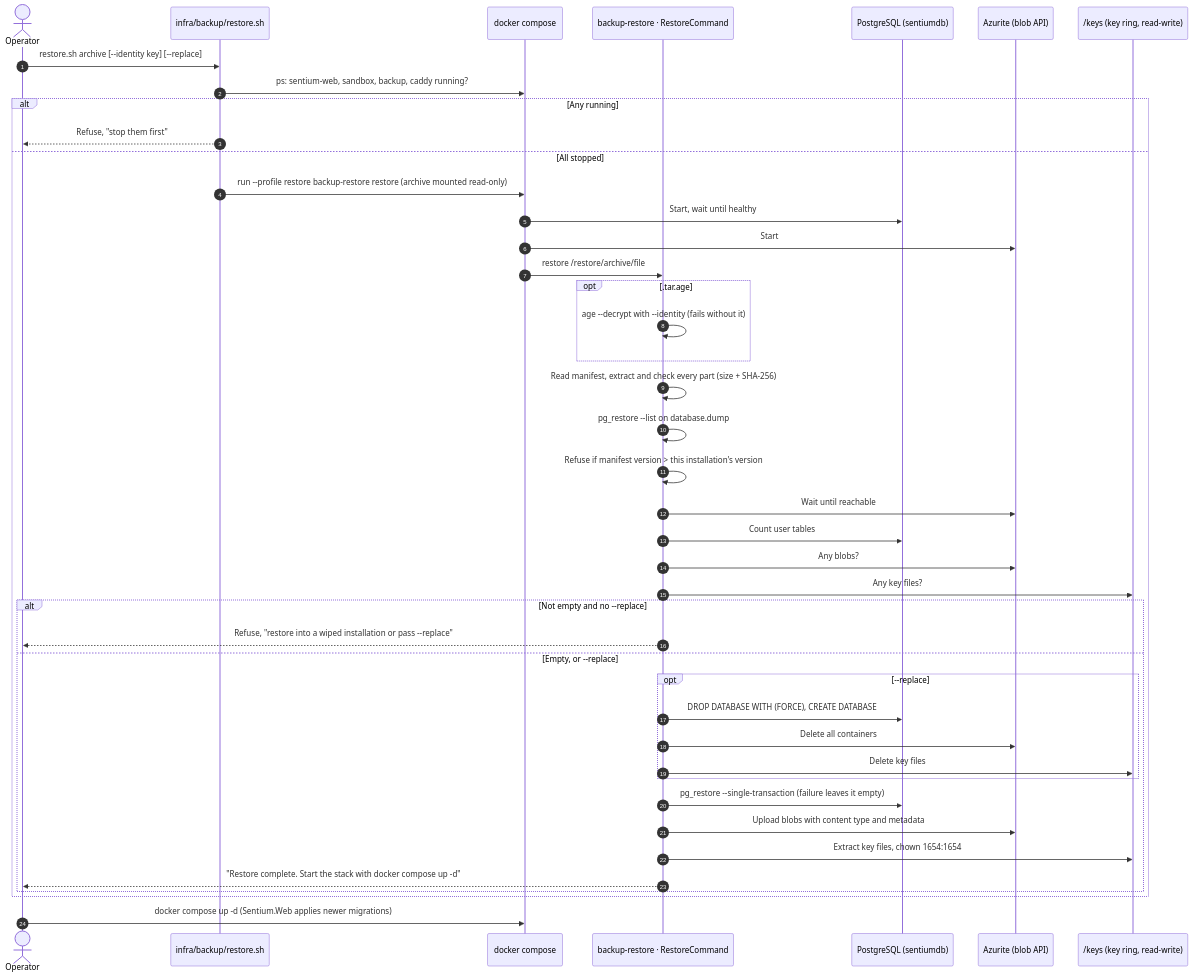
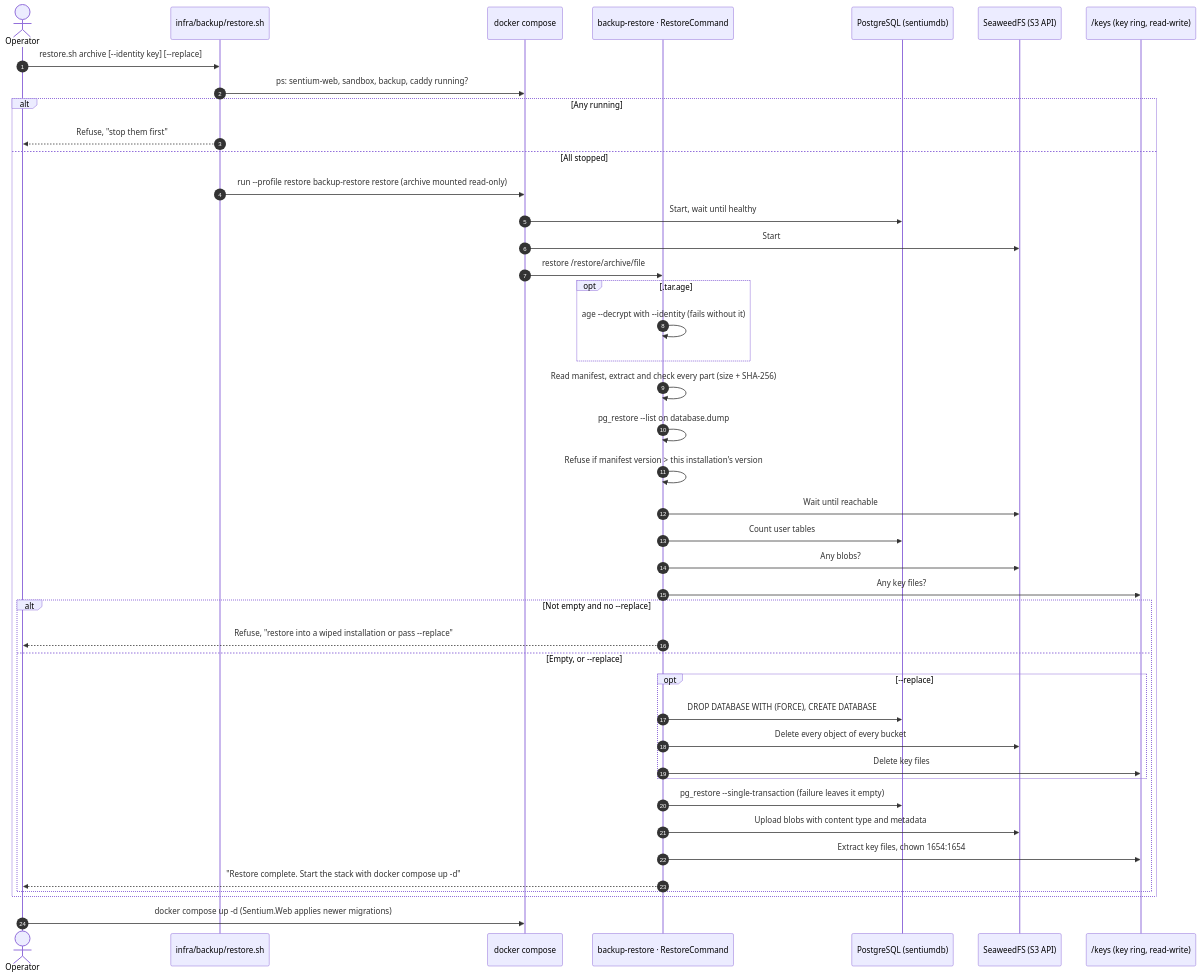
Before and after one commit to mihailshterev/sentium: the diagram in docs/diagrams/backup-4-restore.md, drawn with Mermaid. The commit also changed 78 other files, not shown here.

Commit message:
feat(storage): replace Azurite with SeaweedFS behind a vendor-neutral S3 object store (#196)

````diff
--- a/docs/diagrams/backup-4-restore.md
+++ b/docs/diagrams/backup-4-restore.md
@@ -1,46 +1,46 @@
 ```mermaid
 sequenceDiagram
     autonumber
     actor O as Operator
     participant SH as infra/backup/restore.sh
     participant DC as docker compose
     participant RC as backup-restore · RestoreCommand
     participant PG as PostgreSQL (sentiumdb)
-    participant AZ as Azurite (blob API)
+    participant AZ as SeaweedFS (S3 API)
     participant K as /keys (key ring, read-write)
 
     O->>SH: restore.sh archive [--identity key] [--replace]
     SH->>DC: ps: sentium-web, sandbox, backup, caddy running?
     alt Any running
         SH-->>O: Refuse, "stop them first"
     else All stopped
         SH->>DC: run --profile restore backup-restore restore (archive mounted read-only)
         DC->>PG: Start, wait until healthy
         DC->>AZ: Start
         DC->>RC: restore /restore/archive/file
         opt .tar.age
             RC->>RC: age --decrypt with --identity (fails without it)
         end
         RC->>RC: Read manifest, extract and check every part (size + SHA-256)
         RC->>RC: pg_restore --list on database.dump
         RC->>RC: Refuse if manifest version > this installation's version
         RC->>AZ: Wait until reachable
         RC->>PG: Count user tables
         RC->>AZ: Any blobs?
         RC->>K: Any key files?
         alt Not empty and no --replace
             RC-->>O: Refuse, "restore into a wiped installation or pass --replace"
         else Empty, or --replace
             opt --replace
                 RC->>PG: DROP DATABASE WITH (FORCE), CREATE DATABASE
-                RC->>AZ: Delete all containers
+                RC->>AZ: Delete every object of every bucket
                 RC->>K: Delete key files
             end
             RC->>PG: pg_restore --single-transaction (failure leaves it empty)
             RC->>AZ: Upload blobs with content type and metadata
             RC->>K: Extract key files, chown 1654:1654
             RC-->>O: "Restore complete. Start the stack with docker compose up -d"
         end
     end
     O->>DC: docker compose up -d (Sentium.Web applies newer migrations)
 ```
````
